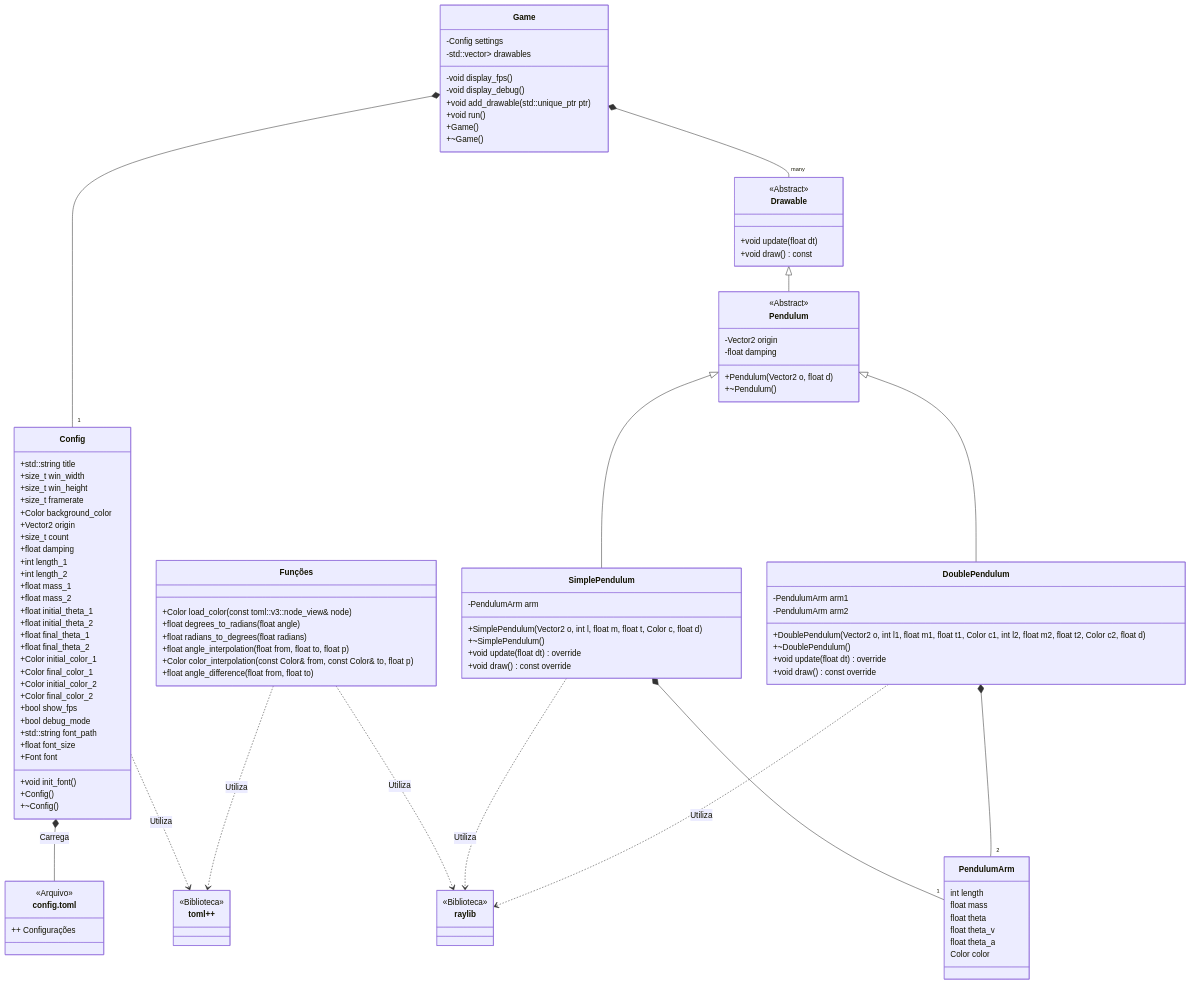
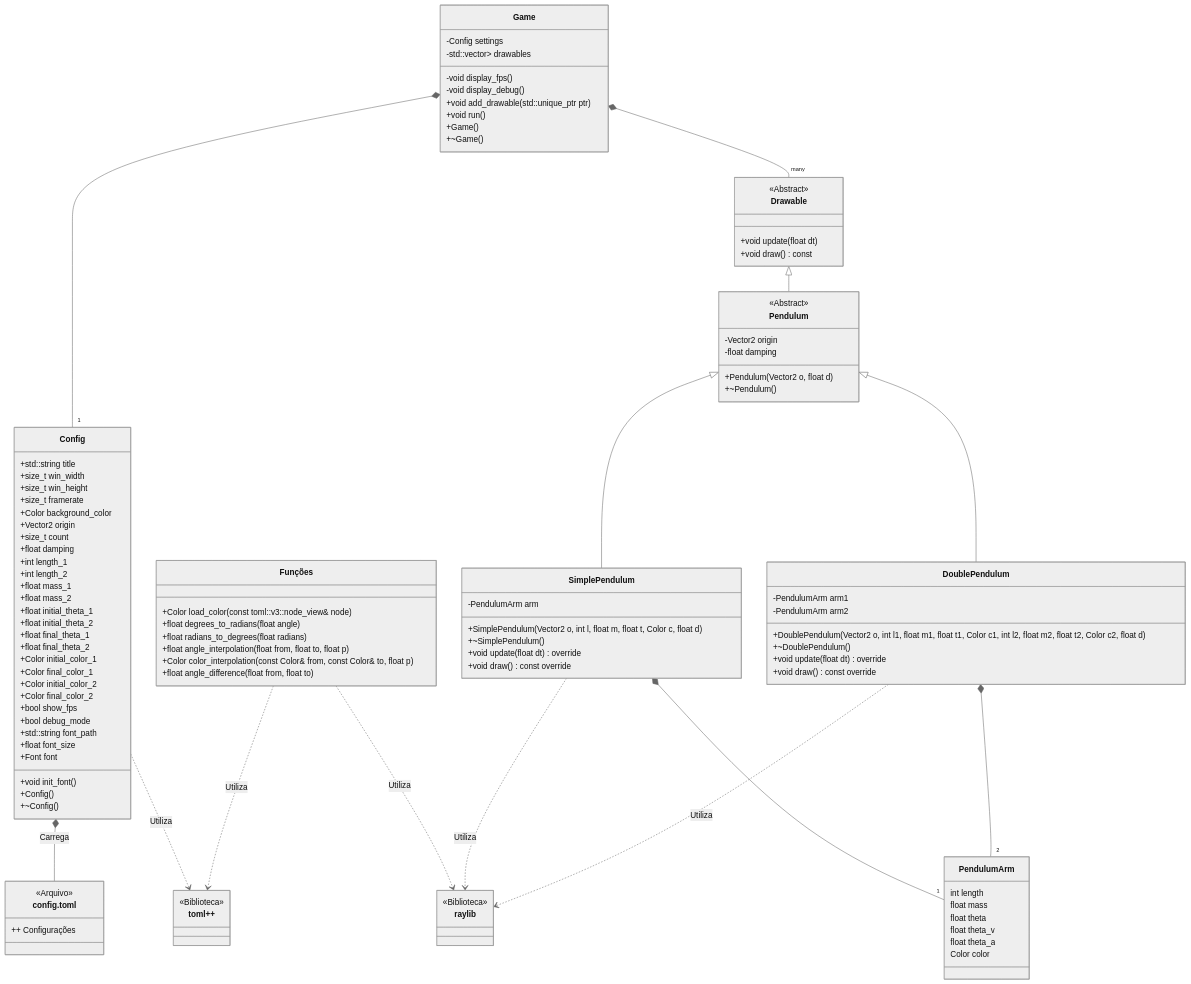
One commit to SamVeras/ChaoticDPends changed the diagram in readme.md. Above: the diagram before and after it, drawn with Mermaid.

````diff
--- a/readme.md
+++ b/readme.md
@@ -101,4 +101,5 @@
 ```mermaid
+%%{init: {'theme': 'neutral' } }%%
 classDiagram
   class Drawable {
       <<Abstract>>
````
